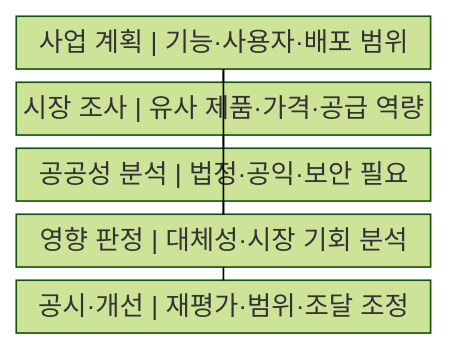
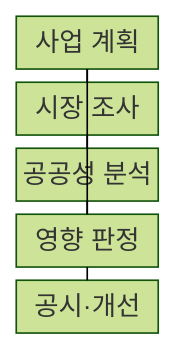
The first of 2 diagrams in src/content/docs/notes/03-software/192_sw_business_impact_assessment.md (agnusdei1207/knowledge-base), drawn with Mermaid (forest theme) before and after one commit. The commit also changed other lines of this file and 238 other files, not shown here.

````diff
--- a/src/content/docs/notes/03-software/192_sw_business_impact_assessment.md
+++ b/src/content/docs/notes/03-software/192_sw_business_impact_assessment.md
@@ -49,14 +49,14 @@
 ```mermaid
-block
+block-beta
     columns 1
-    A["사업 계획 | 기능·사용자·배포 범위"]
-    B["시장 조사 | 유사 제품·가격·공급 역량"]
-    C["공공성 분석 | 법정·공익·보안 필요"]
-    D["영향 판정 | 대체성·시장 기회 분석"]
-    E["공시·개선 | 재평가·범위·조달 조정"]
+    A["사업 계획"]
+    B["시장 조사"]
+    C["공공성 분석"]
+    D["영향 판정"]
+    E["공시·개선"]
     A --- B
     A --- C
     B --- D
     C --- D
     D --- E
 ```
````
